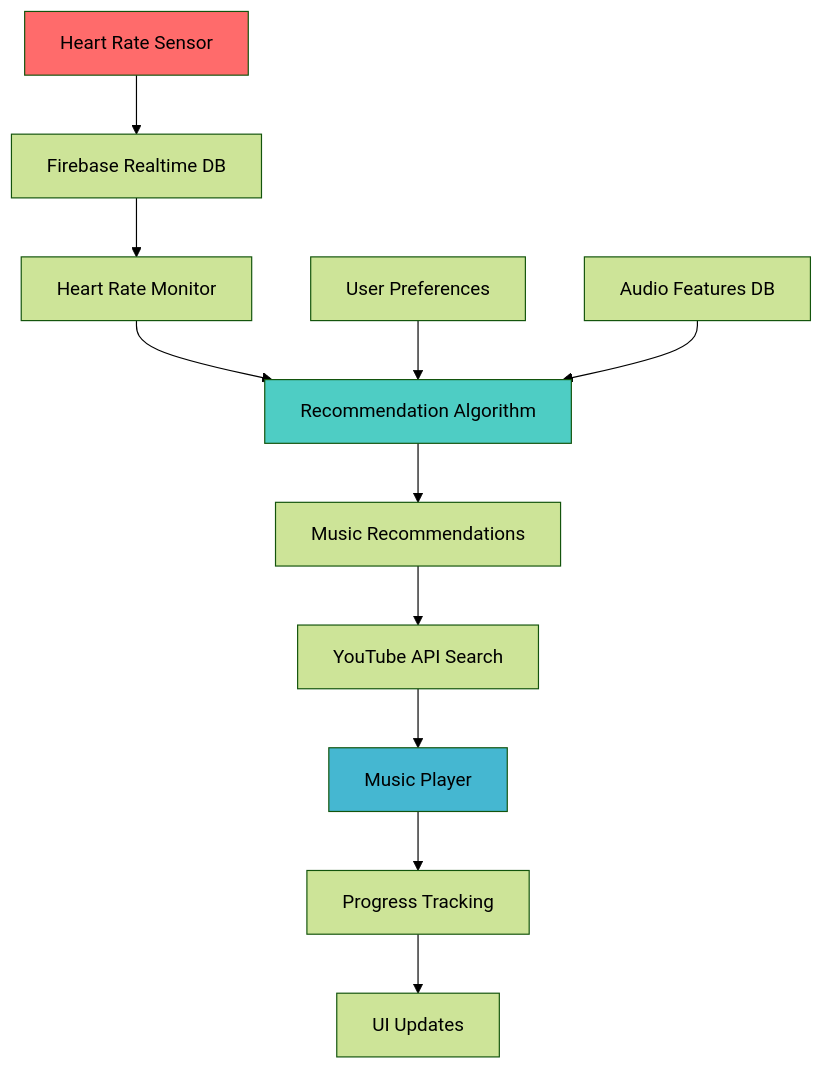
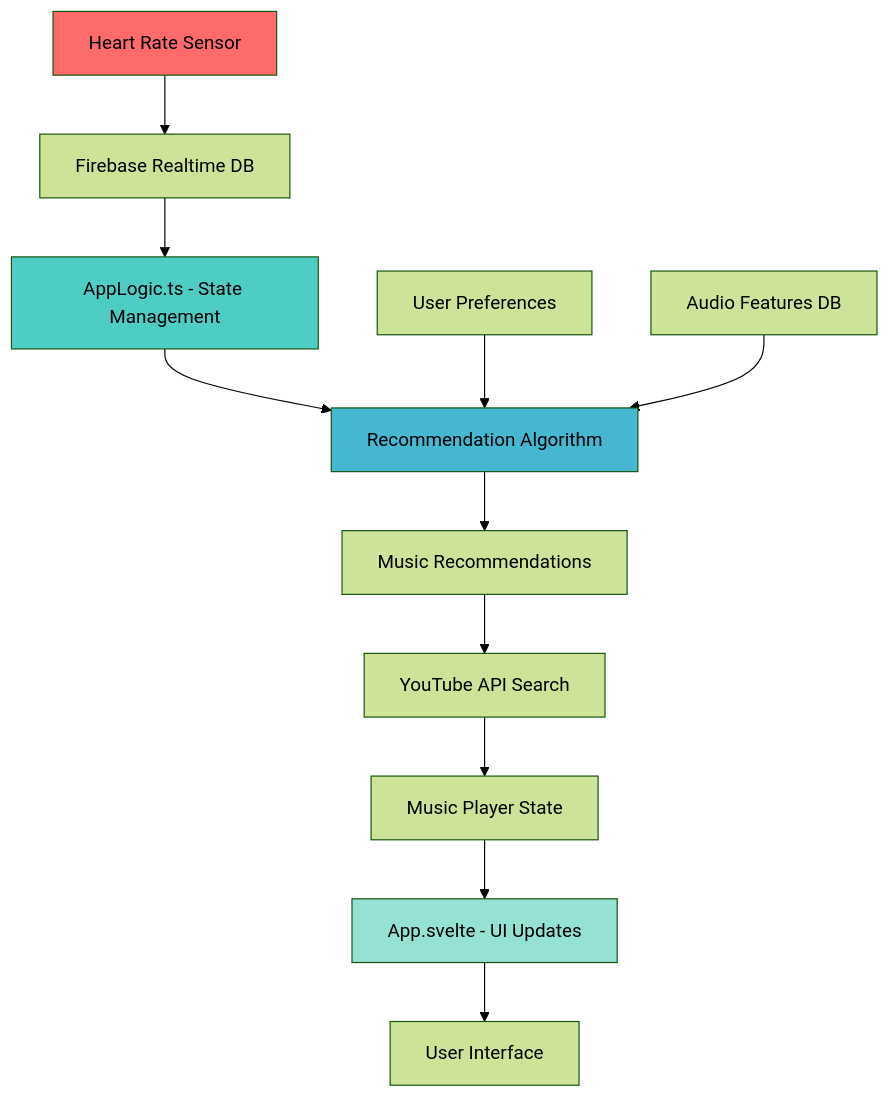
Before and after one commit to joowonkime/HeartRate-MusicPlayer: the diagram in README.md, drawn with Mermaid (forest theme). The commit also changed other lines of this file, not shown here.

````diff
--- a/README.md
+++ b/README.md
@@ -105,20 +63,21 @@
 ```mermaid
 graph TD
     A[Heart Rate Sensor] --> B[Firebase Realtime DB]
-    B --> C[Heart Rate Monitor]
+    B --> C[AppLogic.ts - State Management]
     C --> D[Recommendation Algorithm]
     
     E[User Preferences] --> D
     F[Audio Features DB] --> D
     
     D --> G[Music Recommendations]
     G --> H[YouTube API Search]
-    H --> I[Music Player]
+    H --> I[Music Player State]
     
-    I --> J[Progress Tracking]
-    J --> K[UI Updates]
+    I --> J[App.svelte - UI Updates]
+    J --> K[User Interface]
     
     style A fill:#ff6b6b
-    style D fill:#4ecdc4
-    style I fill:#45b7d1
+    style C fill:#4ecdc4
+    style D fill:#45b7d1
+    style J fill:#95e1d3
 ```
````
